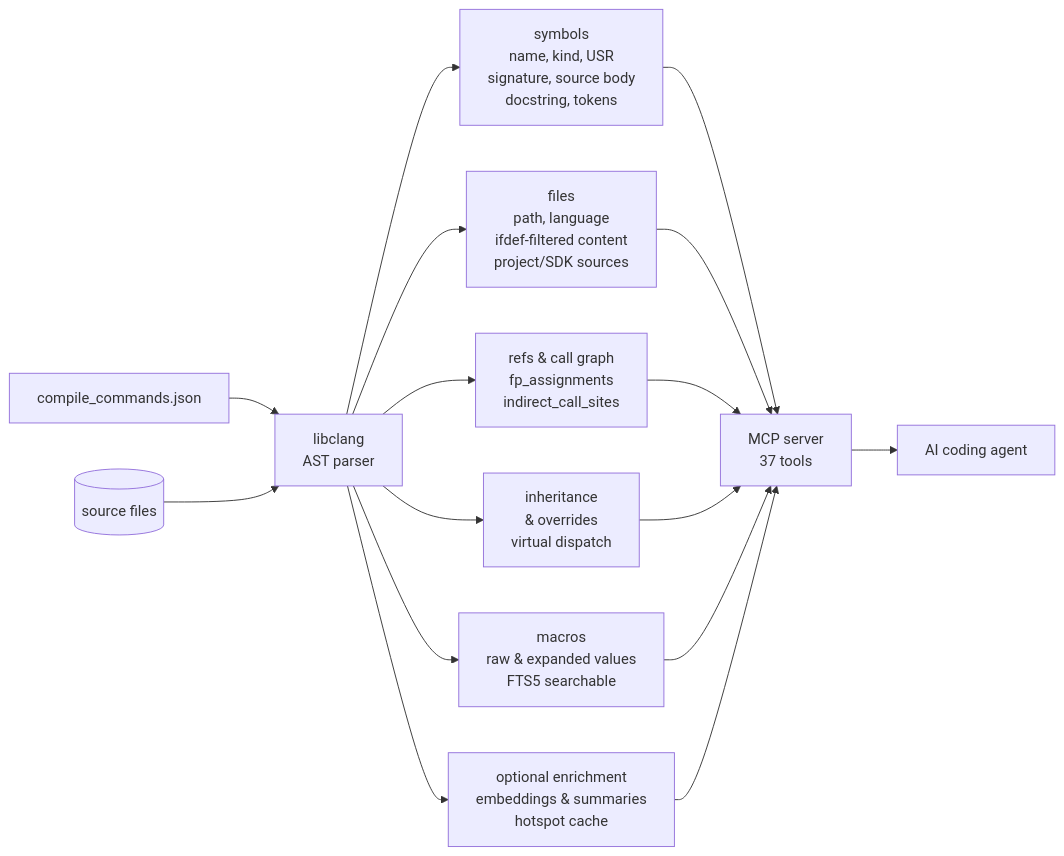
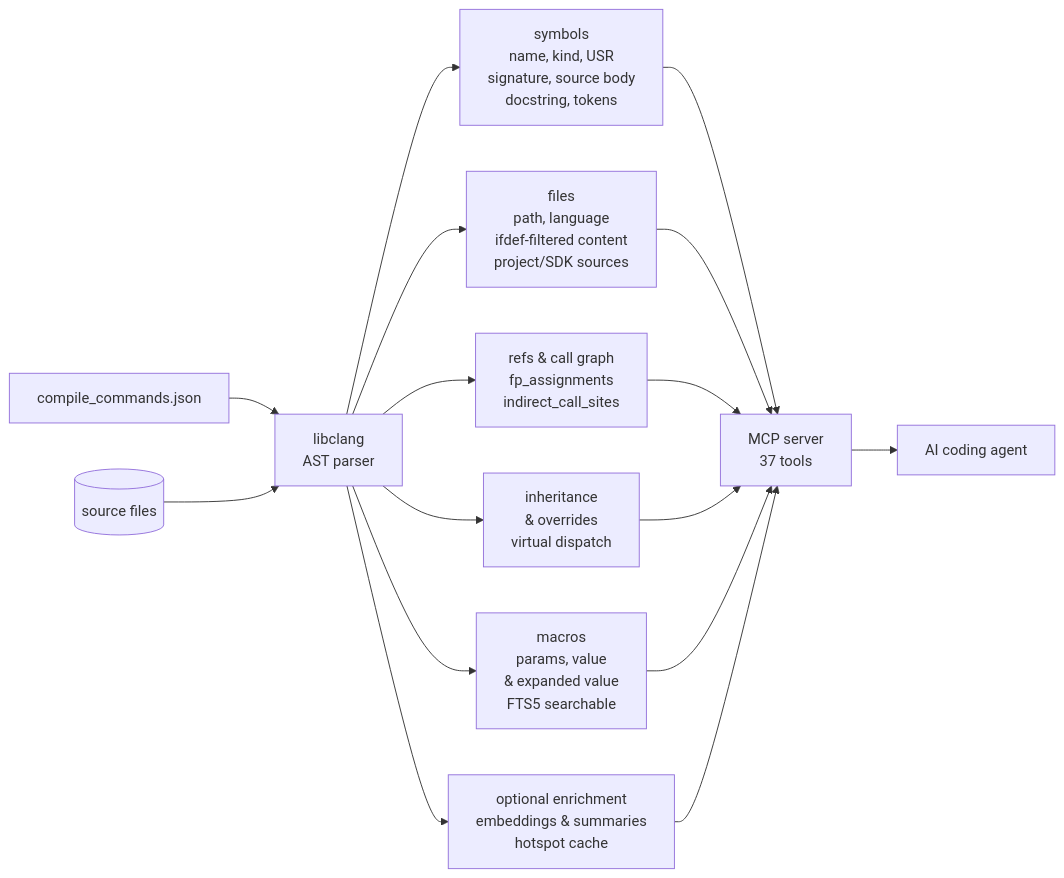
One commit to turbyho/fw-context-mcp changed the diagram in README.md. Above: the diagram before and after it, drawn with Mermaid. The commit also changed other lines of this file and 26 other files, not shown here.

````diff
--- a/README.md
+++ b/README.md
@@ -112,7 +112,7 @@
 ```mermaid
 flowchart LR
     CCJ[compile_commands.json] & SRC[(source files)] --> LIBCLANG[libclang<br/>AST parser]
-    LIBCLANG --> SYMBOLS[symbols<br/>name, kind, USR<br/>signature, source body<br/>docstring, tokens] & FILES[files<br/>path, language<br/>ifdef-filtered content<br/>project/SDK sources] & REFS[refs &amp; call graph<br/>fp_assignments<br/>indirect_call_sites] & INHERIT[inheritance<br/>&amp; overrides<br/>virtual dispatch] & MACROS[macros<br/>raw &amp; expanded values<br/>FTS5 searchable] & ENRICH[optional enrichment<br/>embeddings &amp; summaries<br/>hotspot cache]
+    LIBCLANG --> SYMBOLS[symbols<br/>name, kind, USR<br/>signature, source body<br/>docstring, tokens] & FILES[files<br/>path, language<br/>ifdef-filtered content<br/>project/SDK sources] & REFS[refs &amp; call graph<br/>fp_assignments<br/>indirect_call_sites] & INHERIT[inheritance<br/>&amp; overrides<br/>virtual dispatch] & MACROS[macros<br/>params, value<br/>&amp; expanded value<br/>FTS5 searchable] & ENRICH[optional enrichment<br/>embeddings &amp; summaries<br/>hotspot cache]
     SYMBOLS & FILES & REFS & INHERIT & MACROS & ENRICH --> MCP[MCP server<br/>37 tools]
     MCP --> LLM[AI coding agent]
 ```
````
